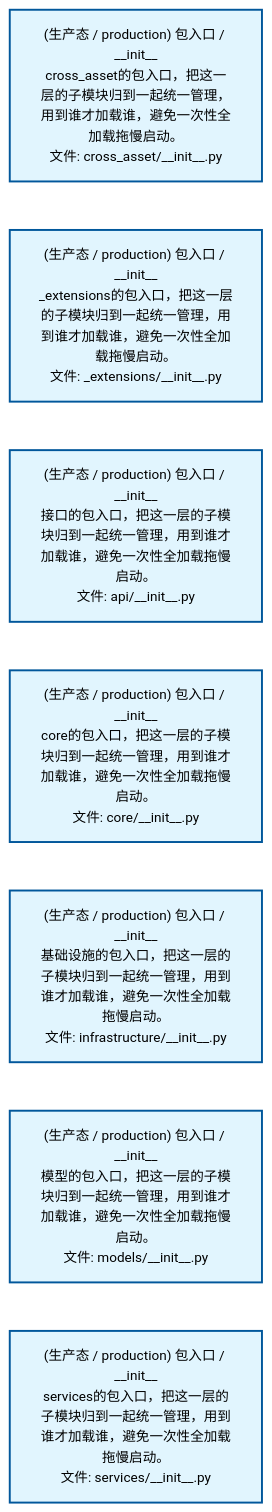
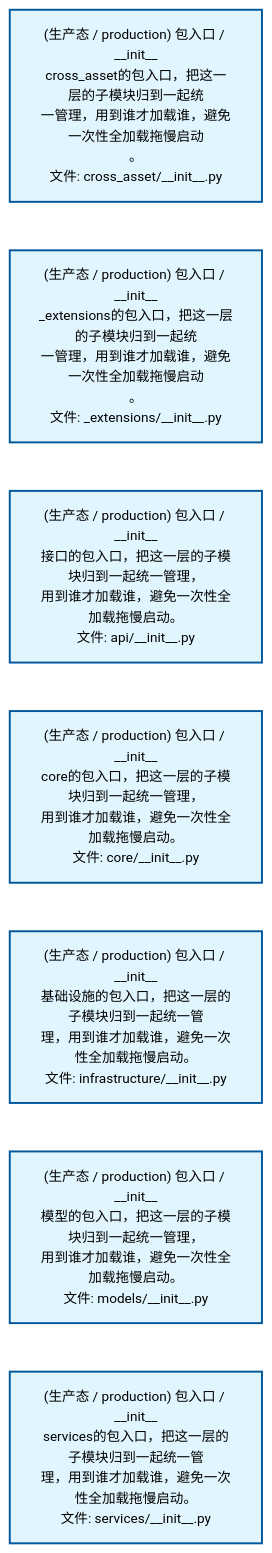
The first of 2 diagrams in docs/02_enterprise_architecture/02_domain_architecture_docs/40_d_cross_asset.md (xuanFelixVan/ZephyrAlpha), drawn with Mermaid before and after one commit. The commit also changed other lines of this file and 61 other files, not shown here.

````diff
--- a/docs/02_enterprise_architecture/02_domain_architecture_docs/40_d_cross_asset.md
+++ b/docs/02_enterprise_architecture/02_domain_architecture_docs/40_d_cross_asset.md
@@ -53,22 +53,22 @@
 ```mermaid
 %%{init: {'theme': 'base', 'themeVariables': {'primaryColor': '#eaeaea', 'primaryTextColor': '#333333', 'primaryBorderColor': '#666666', 'lineColor': '#666666', 'secondaryColor': '#eaeaea', 'tertiaryColor': '#eaeaea', 'fontSize': '14px'}}}%%
 flowchart TD
-    src_zephyr_cross_asset_init_py["(生产态 / production) 包入口 / __init__<br/>cross_asset的包入口，把这一层的子模块归到一起统一管理，用到谁才加载谁，避免一次性全加载拖慢启动。<br/>文件: cross_asset/__init__.py"]
-    src_zephyr_cross_asset_extensions_init_py["(生产态 / production) 包入口 / __init__<br/>_extensions的包入口，把这一层的子模块归到一起统一管理，用到谁才加载谁，避免一次性全加载拖慢启动。<br/>文件: _extensions/__init__.py"]
-    src_zephyr_cross_asset_api_init_py["(生产态 / production) 包入口 / __init__<br/>接口的包入口，把这一层的子模块归到一起统一管理，用到谁才加载谁，避免一次性全加载拖慢启动。<br/>文件: api/__init__.py"]
-    src_zephyr_cross_asset_core_init_py["(生产态 / production) 包入口 / __init__<br/>core的包入口，把这一层的子模块归到一起统一管理，用到谁才加载谁，避免一次性全加载拖慢启动。<br/>文件: core/__init__.py"]
-    src_zephyr_cross_asset_infrastructure_init_py["(生产态 / production) 包入口 / __init__<br/>基础设施的包入口，把这一层的子模块归到一起统一管理，用到谁才加载谁，避免一次性全加载拖慢启动。<br/>文件: infrastructure/__init__.py"]
-    src_zephyr_cross_asset_models_init_py["(生产态 / production) 包入口 / __init__<br/>模型的包入口，把这一层的子模块归到一起统一管理，用到谁才加载谁，避免一次性全加载拖慢启动。<br/>文件: models/__init__.py"]
-    src_zephyr_cross_asset_services_init_py["(生产态 / production) 包入口 / __init__<br/>services的包入口，把这一层的子模块归到一起统一管理，用到谁才加载谁，避免一次性全加载拖慢启动。<br/>文件: services/__init__.py"]
+    src_zephyr_cross_asset_init_py["(生产态 / production) 包入口 / __init__<br/>cross_asset的包入口，把这一层的子模块归到一起统<br/>一管理，用到谁才加载谁，避免一次性全加载拖慢启动<br/>。<br/>文件: cross_asset/__init__.py"]
+    src_zephyr_cross_asset_extensions_init_py["(生产态 / production) 包入口 / __init__<br/>_extensions的包入口，把这一层的子模块归到一起统<br/>一管理，用到谁才加载谁，避免一次性全加载拖慢启动<br/>。<br/>文件: _extensions/__init__.py"]
+    src_zephyr_cross_asset_api_init_py["(生产态 / production) 包入口 / __init__<br/>接口的包入口，把这一层的子模块归到一起统一管理，<br/>用到谁才加载谁，避免一次性全加载拖慢启动。<br/>文件: api/__init__.py"]
+    src_zephyr_cross_asset_core_init_py["(生产态 / production) 包入口 / __init__<br/>core的包入口，把这一层的子模块归到一起统一管理，<br/>用到谁才加载谁，避免一次性全加载拖慢启动。<br/>文件: core/__init__.py"]
+    src_zephyr_cross_asset_infrastructure_init_py["(生产态 / production) 包入口 / __init__<br/>基础设施的包入口，把这一层的子模块归到一起统一管<br/>理，用到谁才加载谁，避免一次性全加载拖慢启动。<br/>文件: infrastructure/__init__.py"]
+    src_zephyr_cross_asset_models_init_py["(生产态 / production) 包入口 / __init__<br/>模型的包入口，把这一层的子模块归到一起统一管理，<br/>用到谁才加载谁，避免一次性全加载拖慢启动。<br/>文件: models/__init__.py"]
+    src_zephyr_cross_asset_services_init_py["(生产态 / production) 包入口 / __init__<br/>services的包入口，把这一层的子模块归到一起统一管<br/>理，用到谁才加载谁，避免一次性全加载拖慢启动。<br/>文件: services/__init__.py"]
     src_zephyr_cross_asset_init_py ~~~ src_zephyr_cross_asset_extensions_init_py
     src_zephyr_cross_asset_extensions_init_py ~~~ src_zephyr_cross_asset_api_init_py
     src_zephyr_cross_asset_api_init_py ~~~ src_zephyr_cross_asset_core_init_py
     src_zephyr_cross_asset_core_init_py ~~~ src_zephyr_cross_asset_infrastructure_init_py
     src_zephyr_cross_asset_infrastructure_init_py ~~~ src_zephyr_cross_asset_models_init_py
     src_zephyr_cross_asset_models_init_py ~~~ src_zephyr_cross_asset_services_init_py
     classDef production fill:#e1f5fe,stroke:#01579b,stroke-width:2px,color:#000
     classDef design fill:#fff3e0,stroke:#e65100,stroke-width:2px,color:#000,stroke-dasharray: 5 5
     classDef external_prod fill:#e8f4fd,stroke:#0277bd,stroke-width:1px,color:#000
     classDef external_design fill:#fff8e7,stroke:#ef6c00,stroke-width:1px,color:#000,stroke-dasharray: 5 5
     class src_zephyr_cross_asset_init_py,src_zephyr_cross_asset_extensions_init_py,src_zephyr_cross_asset_api_init_py,src_zephyr_cross_asset_core_init_py,src_zephyr_cross_asset_infrastructure_init_py,src_zephyr_cross_asset_models_init_py,src_zephyr_cross_asset_services_init_py production
 ```
````
